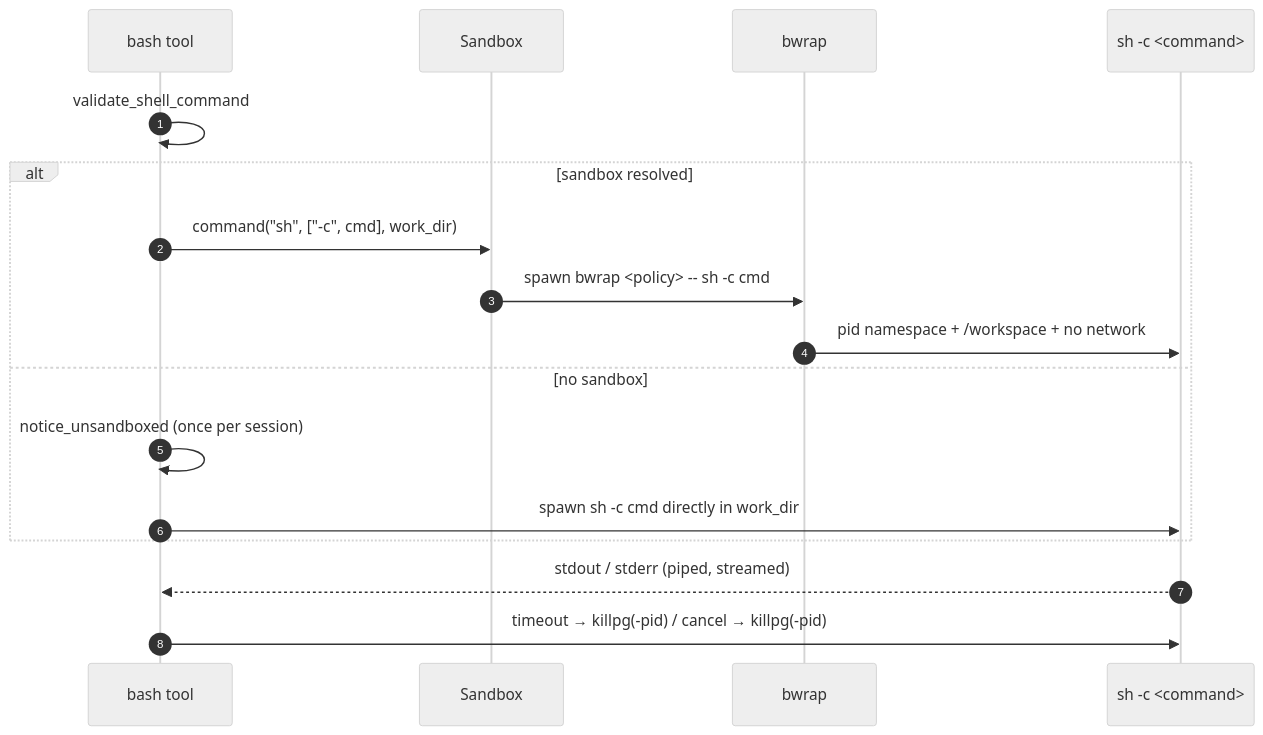
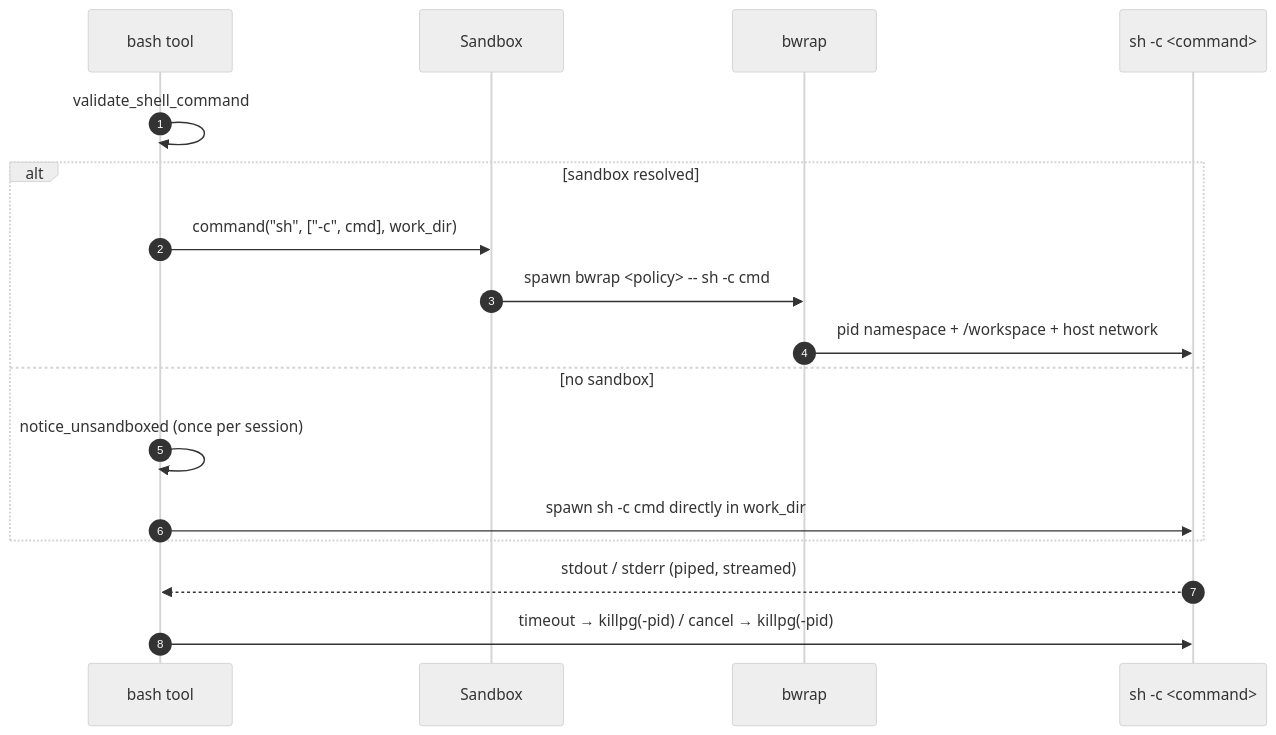
Before and after one commit to rust-infra/tact: the second of 2 diagrams in book/27_chapter_sandbox.md, drawn with Mermaid (neutral theme). The commit also changed other lines of this file and 6 other files, not shown here.

````diff
--- a/book/27_chapter_sandbox.md
+++ b/book/27_chapter_sandbox.md
@@ -126,20 +128,20 @@
 ```mermaid
 sequenceDiagram
     autonumber
     participant T as bash tool
     participant S as Sandbox
     participant B as bwrap
     participant C as sh -c <command>
 
     T->>T: validate_shell_command
     alt sandbox resolved
         T->>S: command("sh", ["-c", cmd], work_dir)
         S->>B: spawn bwrap <policy> -- sh -c cmd
-        B->>C: pid namespace + /workspace + no network
+        B->>C: pid namespace + /workspace + host network
     else no sandbox
         T->>T: notice_unsandboxed (once per session)
         T->>C: spawn sh -c cmd directly in work_dir
     end
     C-->>T: stdout / stderr (piped, streamed)
     T->>C: timeout → killpg(-pid) / cancel → killpg(-pid)
 ```
````
